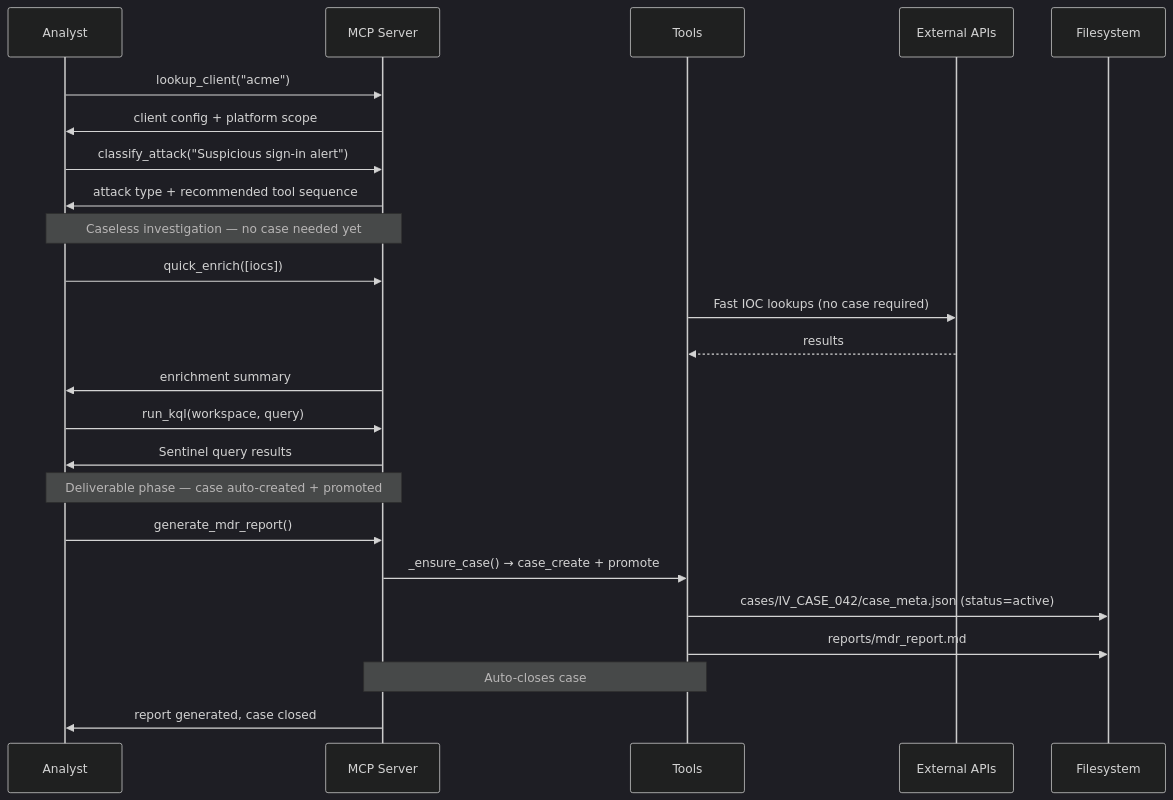
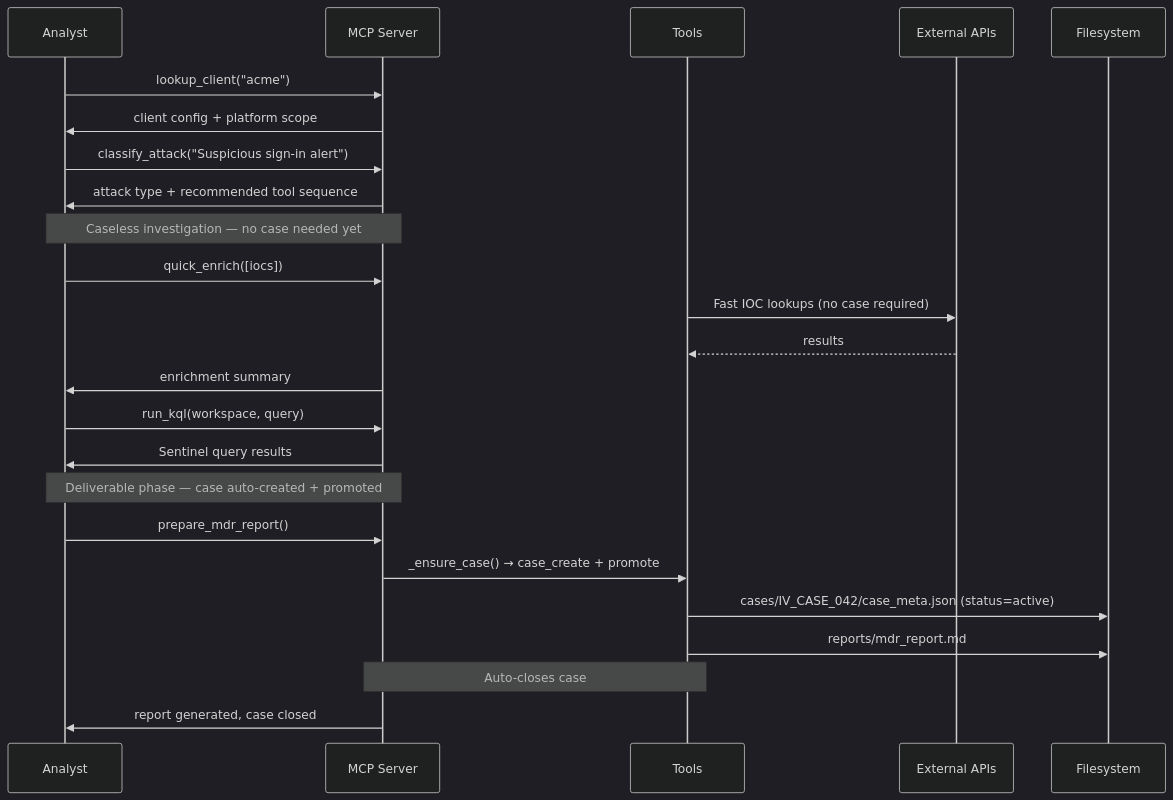
One commit to WillBanasik/socai changed the second of 2 diagrams in docs/architecture_diagram.md. Above: the diagram before and after it, drawn with Mermaid (dark theme). The commit also changed other lines of this file and 15 other files, not shown here.

````diff
--- a/docs/architecture_diagram.md
+++ b/docs/architecture_diagram.md
@@ -125,33 +125,33 @@
 ```mermaid
 sequenceDiagram
     participant A as Analyst
     participant M as MCP Server
     participant T as Tools
     participant E as External APIs
     participant F as Filesystem
 
     A->>M: lookup_client("acme")
     M->>A: client config + platform scope
 
     A->>M: classify_attack("Suspicious sign-in alert")
     M->>A: attack type + recommended tool sequence
 
     Note over A,M: Caseless investigation — no case needed yet
 
     A->>M: quick_enrich([iocs])
     T->>E: Fast IOC lookups (no case required)
     E-->>T: results
     M->>A: enrichment summary
 
     A->>M: run_kql(workspace, query)
     M->>A: Sentinel query results
 
     Note over A,M: Deliverable phase — case auto-created + promoted
 
-    A->>M: generate_mdr_report()
+    A->>M: prepare_mdr_report()
     M->>T: _ensure_case() → case_create + promote
     T->>F: cases/IV_CASE_042/case_meta.json (status=active)
     T->>F: reports/mdr_report.md
     Note over M,T: Auto-closes case
     M->>A: report generated, case closed
 ```
````
